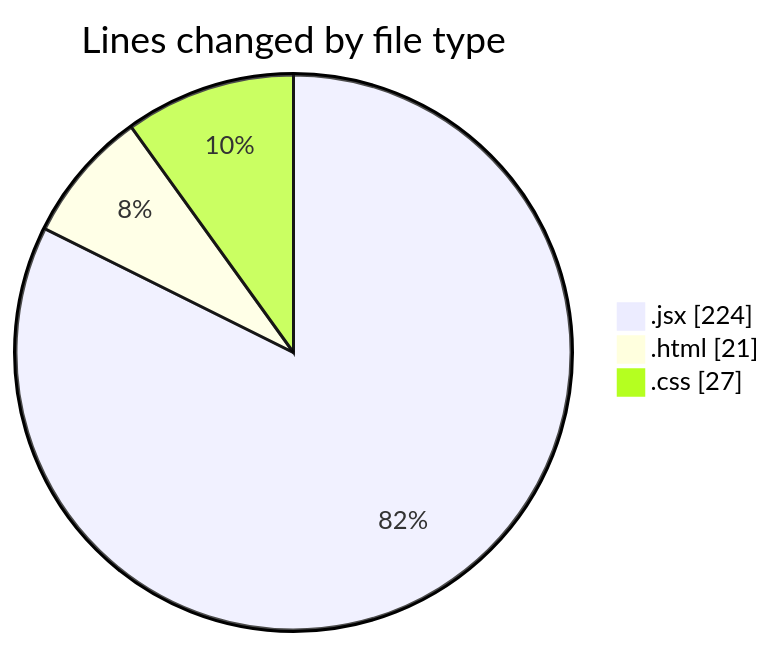
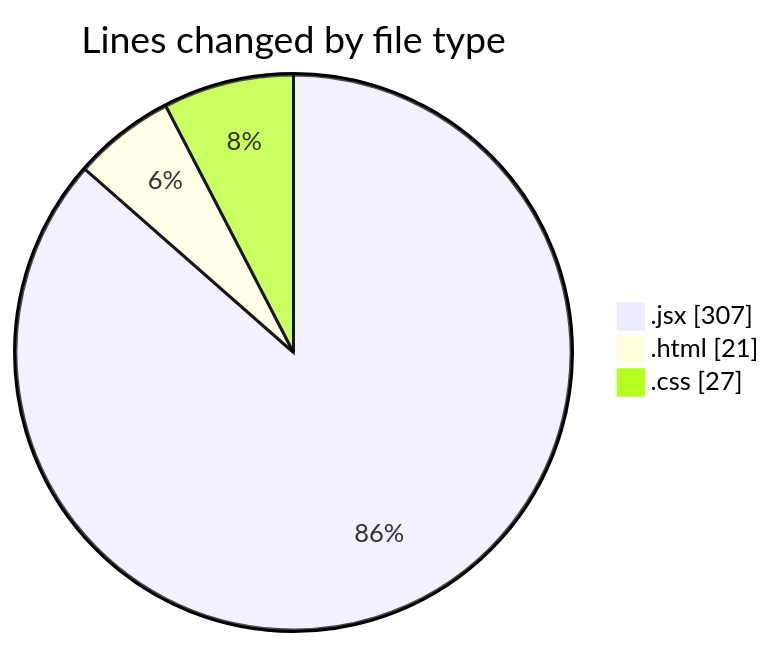
One commit to Elitesun/code-tracking changed the first of 2 diagrams in 2025-02-13/elitegpt/README.md. Above: the diagram before and after it, drawn with Mermaid. The commit also changed other lines of this file and 1 other file, not shown here.

````diff
--- a/2025-02-13/elitegpt/README.md
+++ b/2025-02-13/elitegpt/README.md
@@ -26,7 +26,7 @@
 ```mermaid
 pie showData
 title Lines changed by file type
-".jsx" : 224
+".jsx" : 307
 ".html" : 21
 ".css" : 27
 ```
````
